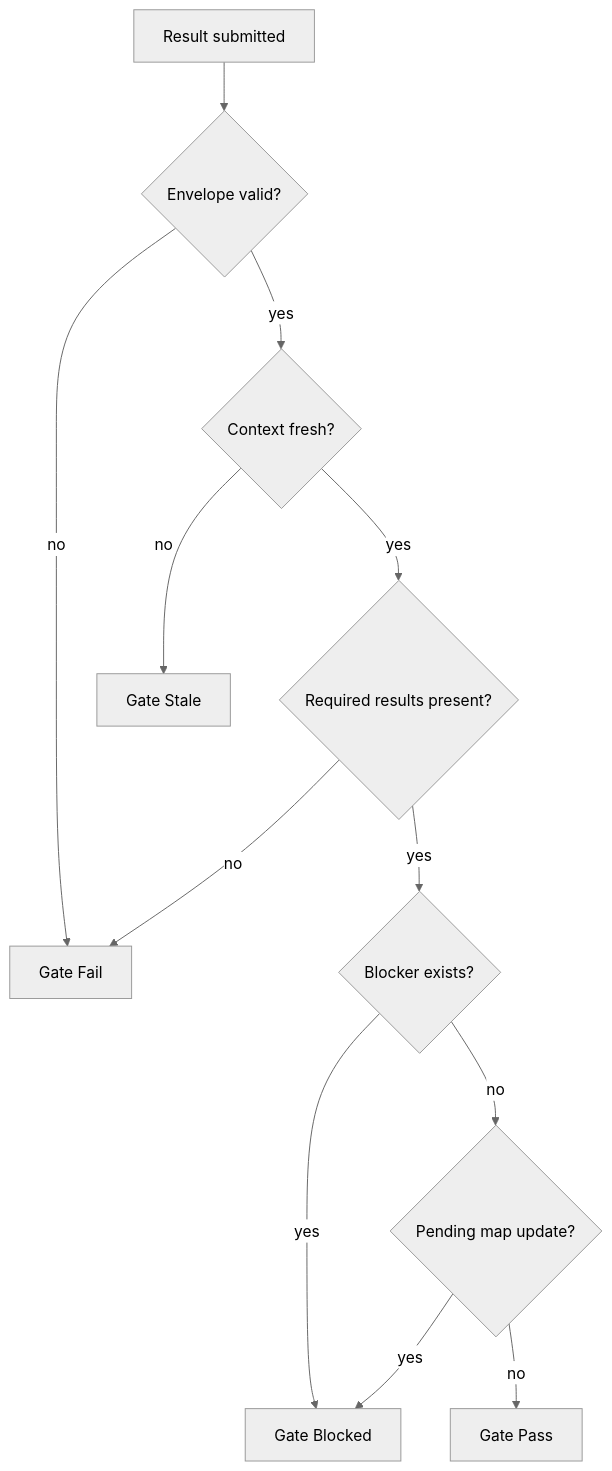
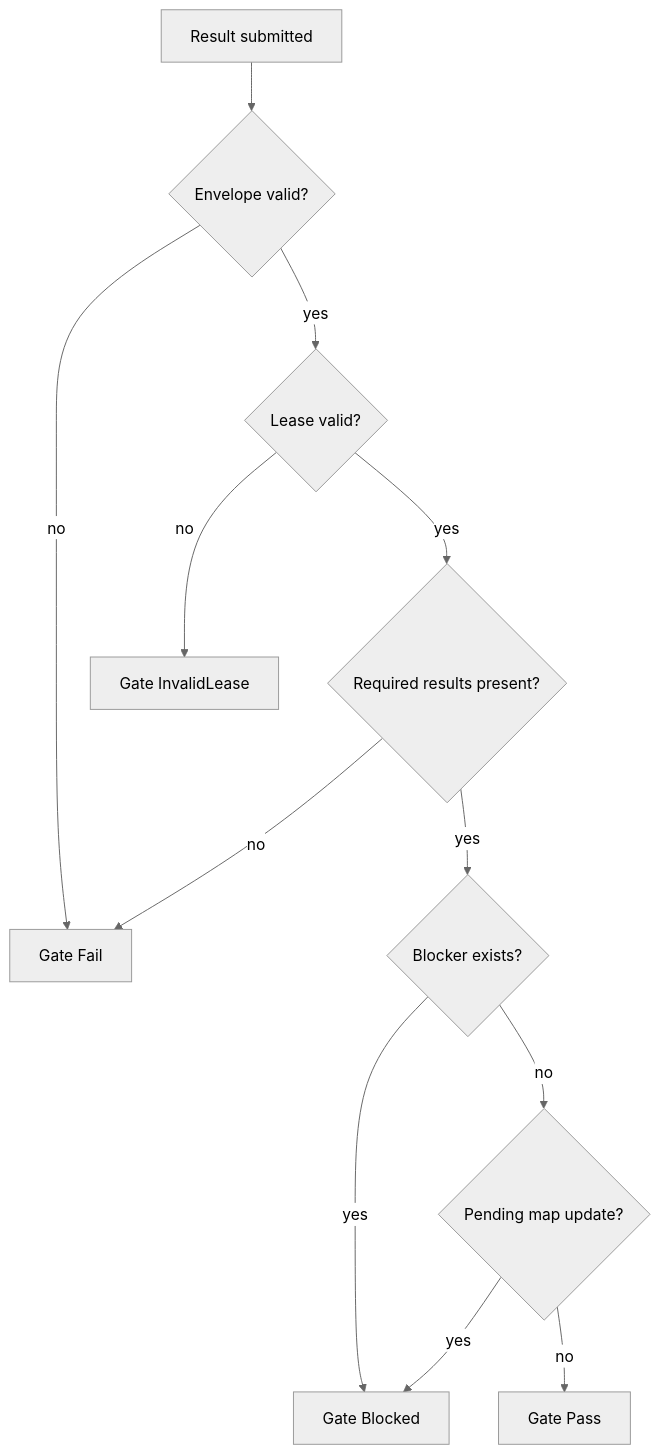
Before and after one commit to ceasarXuu/WhaleCode: the third of 5 diagrams in docs/plans/2026-04-25-multi-agent-collaboration-architecture.md, drawn with Mermaid (neutral theme). The commit also changed other lines of this file, not shown here.

Commit message:
docs: remove stale context concept

````diff
--- a/docs/plans/2026-04-25-multi-agent-collaboration-architecture.md
+++ b/docs/plans/2026-04-25-multi-agent-collaboration-architecture.md
@@ -1525,14 +1436,14 @@
 ```mermaid
 flowchart TD
     A["Result submitted"] --> B{"Envelope valid?"}
     B -->|no| F["Gate Fail"]
-    B -->|yes| C{"Context fresh?"}
-    C -->|no| S["Gate Stale"]
+    B -->|yes| C{"Lease valid?"}
+    C -->|no| S["Gate InvalidLease"]
     C -->|yes| D{"Required results present?"}
     D -->|no| F
     D -->|yes| E{"Blocker exists?"}
     E -->|yes| BL["Gate Blocked"]
     E -->|no| U{"Pending map update?"}
     U -->|yes| BL
     U -->|no| P["Gate Pass"]
 ```
````
